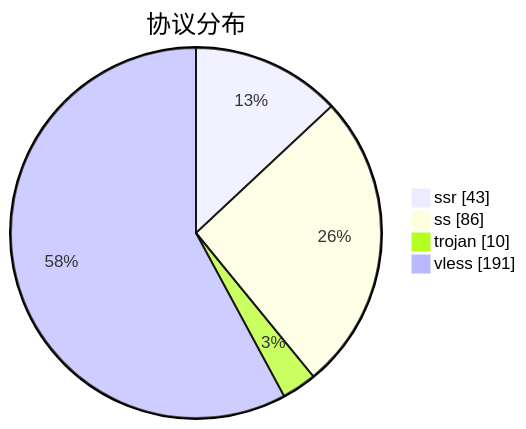
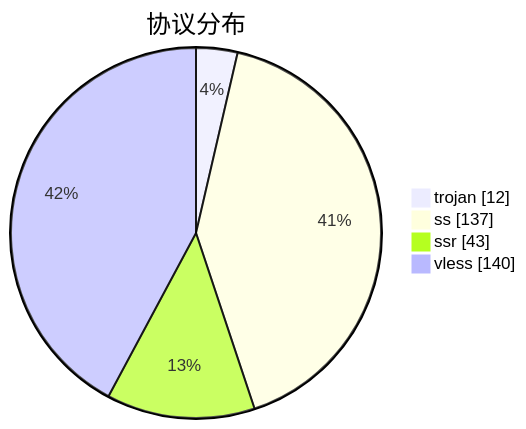
The third of 3 diagrams in subs/statistics/tested_within.md (qjlxg/airport), drawn with Mermaid before and after one commit. The commit also changed other lines of this file and 2 other files, not shown here.

````diff
--- a/subs/statistics/tested_within.md
+++ b/subs/statistics/tested_within.md
@@ -18,8 +19,8 @@
 ```mermaid
 pie showData
 title 协议分布
+"trojan" : 12
+"ss" : 137
 "ssr" : 43
-"ss" : 86
-"trojan" : 10
-"vless" : 191
+"vless" : 140
 ```
````
